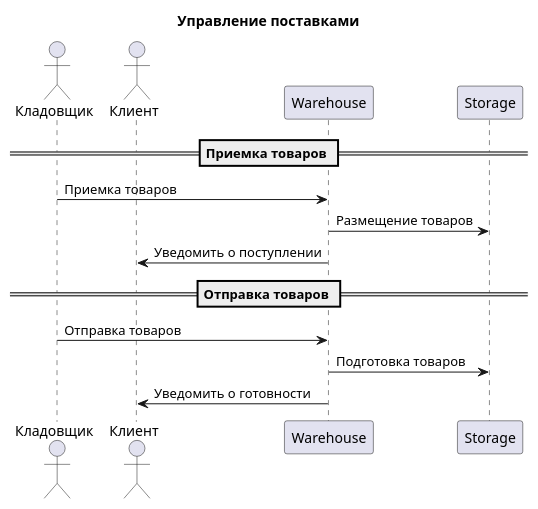
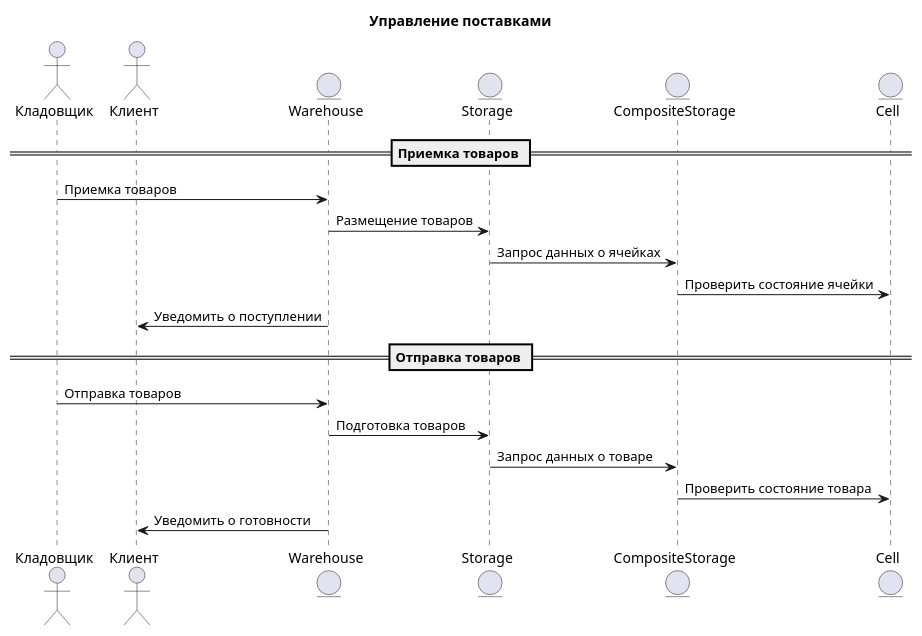
One commit to penamarth/bsbo-14-22_team5_var6 changed the diagram in Precedents/Управление поставками/Диаграмма последовательнисти и управление поставками.md. Above: the diagram before and after it, drawn with PlantUML.

Commit message:
обновил диаграмму последовательности

````diff
--- a/Precedents/Управление поставками/Диаграмма последовательнисти и управление поставками.md
+++ b/Precedents/Управление поставками/Диаграмма последовательнисти и управление поставками.md
@@ -1,19 +1,27 @@
 ```plantuml
 @startuml
 actor "Кладовщик" as warehouseManager
 actor "Клиент" as client
+entity "Warehouse" as warehouse
+entity "Storage" as storage
+entity "CompositeStorage" as compositestorage
+entity "Cell" as cell
 
 title Управление поставками
 
 == Приемка товаров ==
-warehouseManager -> Warehouse: Приемка товаров
-Warehouse -> Storage: Размещение товаров
-Warehouse -> client: Уведомить о поступлении
+warehouseManager -> warehouse: Приемка товаров
+warehouse -> storage: Размещение товаров
+storage -> compositestorage: Запрос данных о ячейках
+compositestorage -> cell: Проверить состояние ячейки
+warehouse -> client: Уведомить о поступлении
 
 == Отправка товаров ==
-warehouseManager -> Warehouse: Отправка товаров
-Warehouse -> Storage: Подготовка товаров
-Warehouse -> client: Уведомить о готовности
+warehouseManager -> warehouse: Отправка товаров
+warehouse -> storage: Подготовка товаров
+storage -> compositestorage: Запрос данных о товаре
+compositestorage -> cell: Проверить состояние товара 
+warehouse -> client: Уведомить о готовности
 
 @enduml
 ```
````
